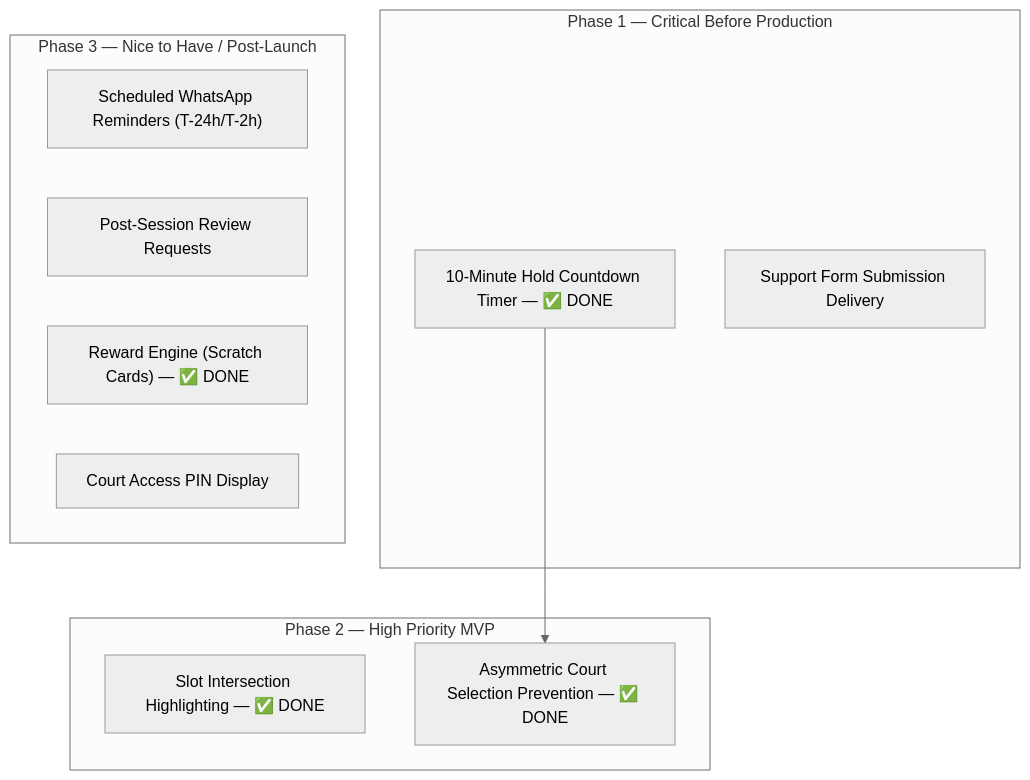
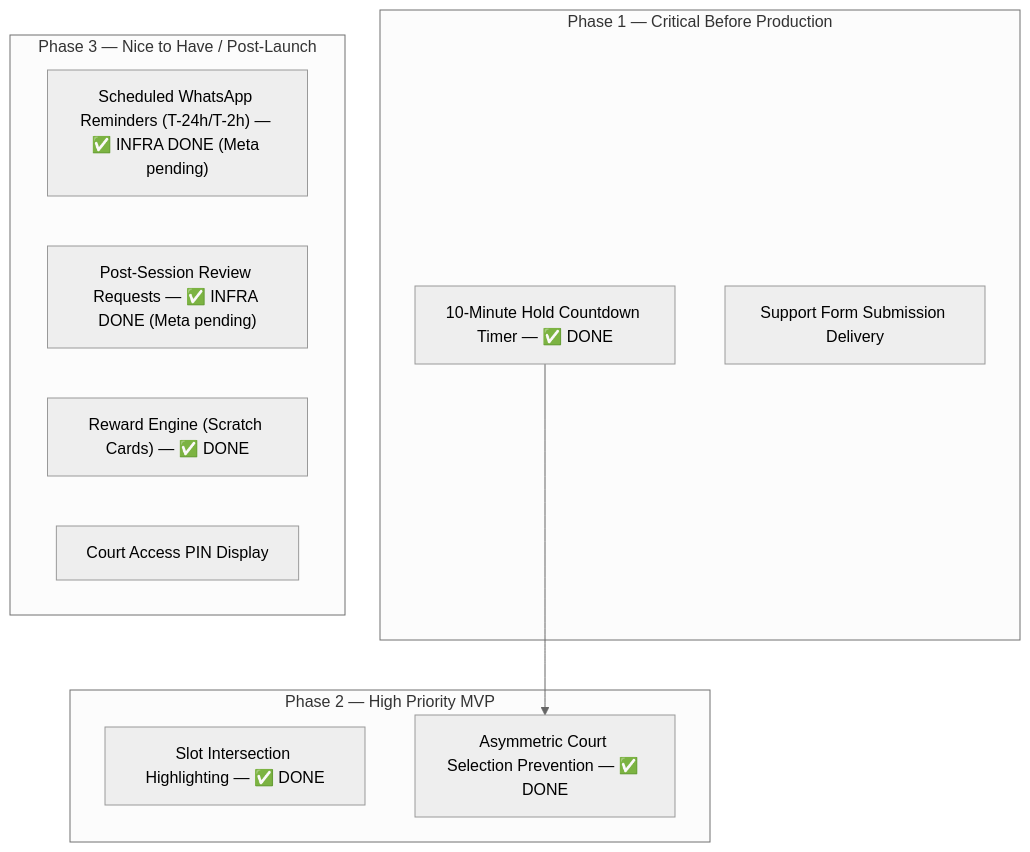
One commit to manishborikar92/Pickleball changed the diagram in docs/audits/01-END-USER-GAP-ANALYSIS.md. Above: the diagram before and after it, drawn with Mermaid (neutral theme). The commit also changed other lines of this file and 54 other files, not shown here.

First line of the commit message:
feat(notifications): add scheduled WhatsApp notifications system

````diff
--- a/docs/audits/01-END-USER-GAP-ANALYSIS.md
+++ b/docs/audits/01-END-USER-GAP-ANALYSIS.md
@@ -159,24 +165,24 @@
 ```mermaid
 graph TD
     %% Phase 1: Production Launch Blockers
     subgraph Phase 1 ["Phase 1 — Critical Before Production"]
         A3["10-Minute Hold Countdown Timer — ✅ DONE"]
         A4["Support Form Submission Delivery"]
     end
 
     %% Phase 2: High Priority MVP Features
     subgraph Phase 2 ["Phase 2 — High Priority MVP"]
         B1["Slot Intersection Highlighting — ✅ DONE"]
         B2["Asymmetric Court Selection Prevention — ✅ DONE"]
     end
 
     %% Phase 3: Nice to Have / Post-Launch Enhancements
     subgraph Phase 3 ["Phase 3 — Nice to Have / Post-Launch"]
-        C1["Scheduled WhatsApp Reminders (T-24h/T-2h)"]
-        C2["Post-Session Review Requests"]
+        C1["Scheduled WhatsApp Reminders (T-24h/T-2h) — ✅ INFRA DONE (Meta pending)"]
+        C2["Post-Session Review Requests — ✅ INFRA DONE (Meta pending)"]
         C4["Reward Engine (Scratch Cards) — ✅ DONE"]
         C6["Court Access PIN Display"]
     end
 
     A3 --> B2
 ```
````
